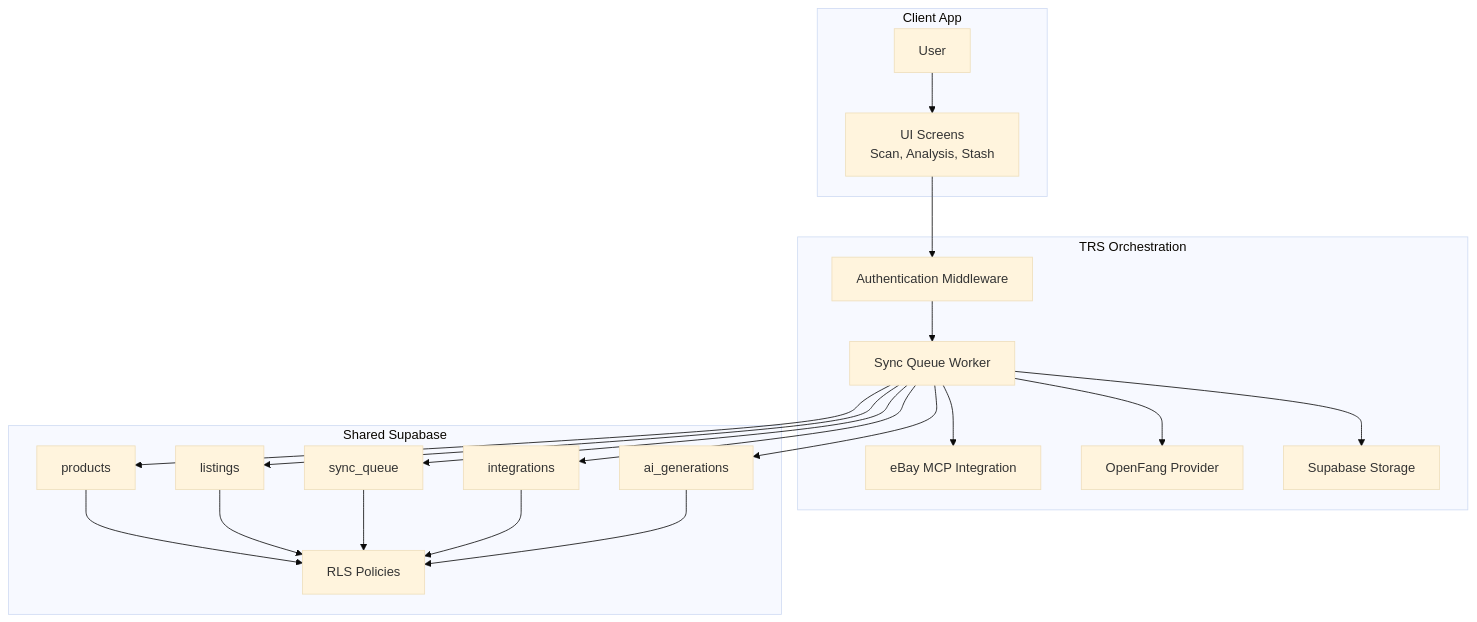
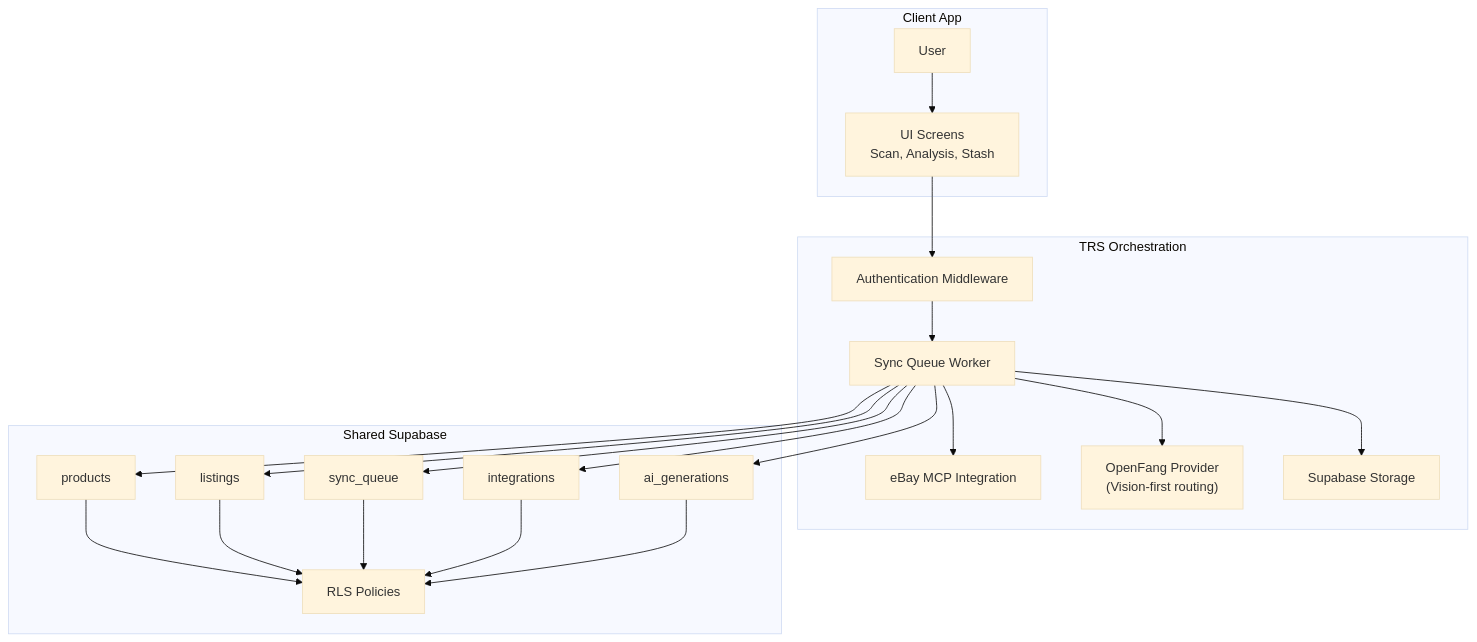
One commit to hunglevi87/Hidden-Gem changed the second of 9 diagrams in .qoder/repowiki/en/content/Architecture Overview/TRS Integration Plan.md. Above: the diagram before and after it, drawn with Mermaid (base theme). The commit also changed other lines of this file and 53 other files, not shown here.

First line of the commit message:
feat(ai-provider): set Gemini as default provider with OpenFang fallback

````diff
--- a/.qoder/repowiki/en/content/Architecture Overview/TRS Integration Plan.md
+++ b/.qoder/repowiki/en/content/Architecture Overview/TRS Integration Plan.md
@@ -117,38 +124,38 @@
 ```mermaid
 graph TB
 subgraph "Client App"
 User["User"]
 UI["UI Screens<br/>Scan, Analysis, Stash"]
 end
 subgraph "TRS Orchestration"
 Auth["Authentication Middleware"]
 SyncWorker["Sync Queue Worker"]
 eBaySvc["eBay MCP Integration"]
-OpenFang["OpenFang Provider"]
+OpenFang["OpenFang Provider<br/>(Vision-first routing)"]
 Storage["Supabase Storage"]
 end
 subgraph "Shared Supabase"
 Products["products"]
 Listings["listings"]
 SyncQueue["sync_queue"]
 Integrations["integrations"]
 AIRecords["ai_generations"]
 RLS["RLS Policies"]
 end
 User --> UI
 UI --> Auth
 Auth --> SyncWorker
 SyncWorker --> eBaySvc
 SyncWorker --> OpenFang
 SyncWorker --> Storage
 SyncWorker --> Products
 SyncWorker --> Listings
 SyncWorker --> SyncQueue
 SyncWorker --> Integrations
 SyncWorker --> AIRecords
 Products --> RLS
 Listings --> RLS
 SyncQueue --> RLS
 Integrations --> RLS
 AIRecords --> RLS
 ```
````
